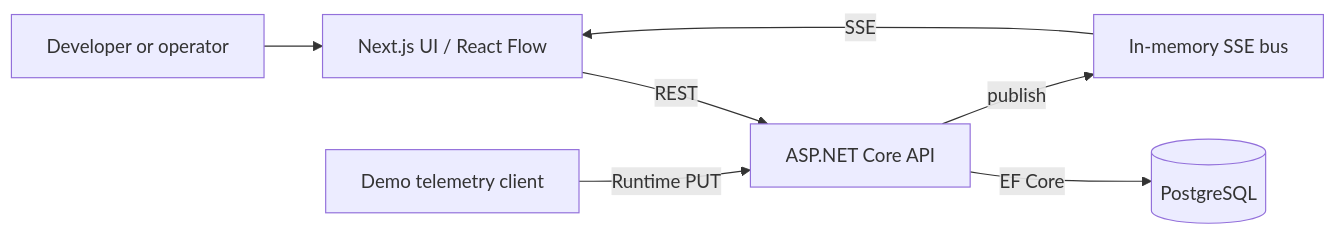
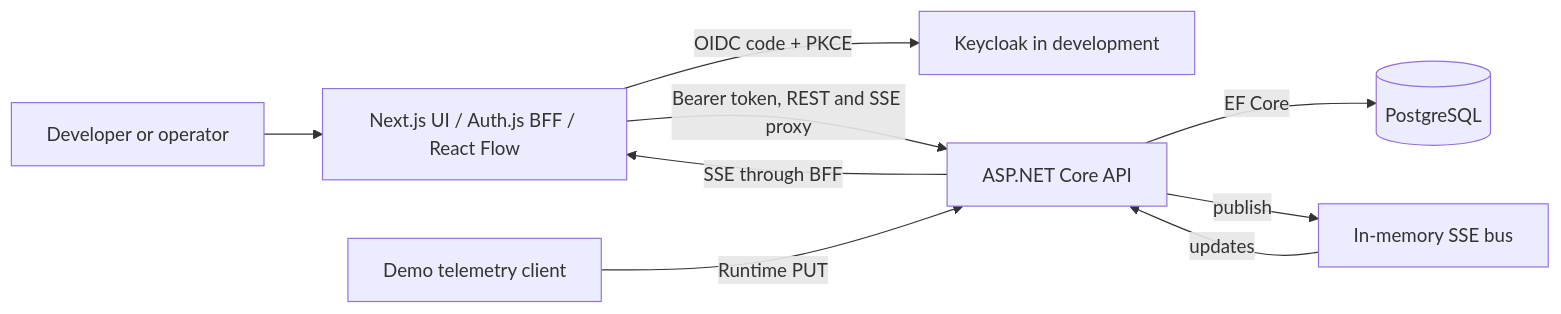
Before and after one commit to VikoPiko/hydra: the diagram in docs/architecture.md, drawn with Mermaid. The commit also changed other lines of this file and 23 other files, not shown here.

````diff
--- a/docs/architecture.md
+++ b/docs/architecture.md
@@ -7,9 +7,11 @@
 ```mermaid
 flowchart LR
-  User[Developer or operator] --> Web[Next.js UI / React Flow]
-  Web -->|REST| Api[ASP.NET Core API]
+  User[Developer or operator] --> Web[Next.js UI / Auth.js BFF / React Flow]
+  Web -->|OIDC code + PKCE| IdP[Keycloak in development]
+  Web -->|Bearer token, REST and SSE proxy| Api[ASP.NET Core API]
   Api -->|EF Core| Db[(PostgreSQL)]
   Api -->|publish| Bus[In-memory SSE bus]
-  Bus -->|SSE| Web
+  Bus -->|updates| Api
+  Api -->|SSE through BFF| Web
   Agent[Demo telemetry client] -->|Runtime PUT| Api
 ```
````
